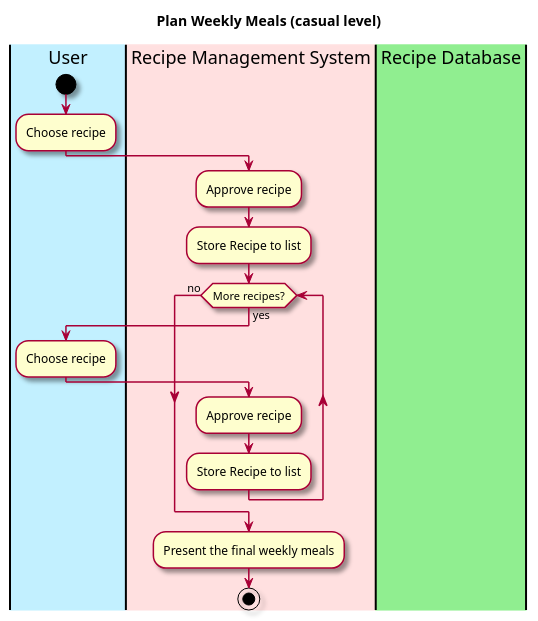
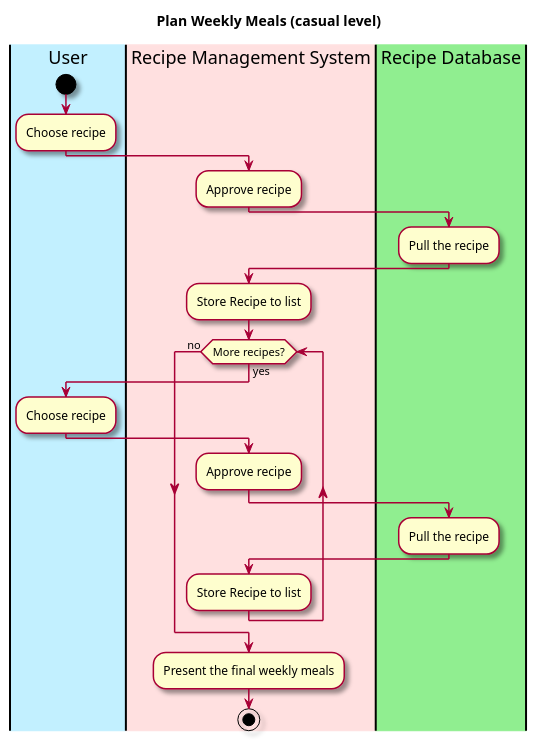
Before and after one commit to berthashipper/Pantry-Pal-Android-Application: the diagram in intellij/doc/use-cases/plan_weekly_meals.md, drawn with PlantUML.

````diff
--- a/intellij/doc/use-cases/plan_weekly_meals.md
+++ b/intellij/doc/use-cases/plan_weekly_meals.md
@@ -30,34 +30,40 @@
 ```plantuml
 @startuml
 
 skin rose
 
 title Plan Weekly Meals (casual level)
 
 'define the lanes
 |#application|User|
 |#implementation|Recipe Management System|
 |#lightgreen|Recipe Database|
 
 |User|
 start
 :Choose recipe;
 
 |Recipe Management System|
 :Approve recipe;
+|Recipe Database|
+:Pull the recipe;
+|Recipe Management System|
 :Store Recipe to list;
 while (More recipes?) is (yes)
    |User|
   :Choose recipe;
   |Recipe Management System|
 :Approve recipe;
+|Recipe Database|
+:Pull the recipe;
+|Recipe Management System|
 :Store Recipe to list;
 endwhile (no)
 
 |Recipe Management System|
 :Present the final weekly meals;
 
 stop
 @enduml
 
 ```
````
